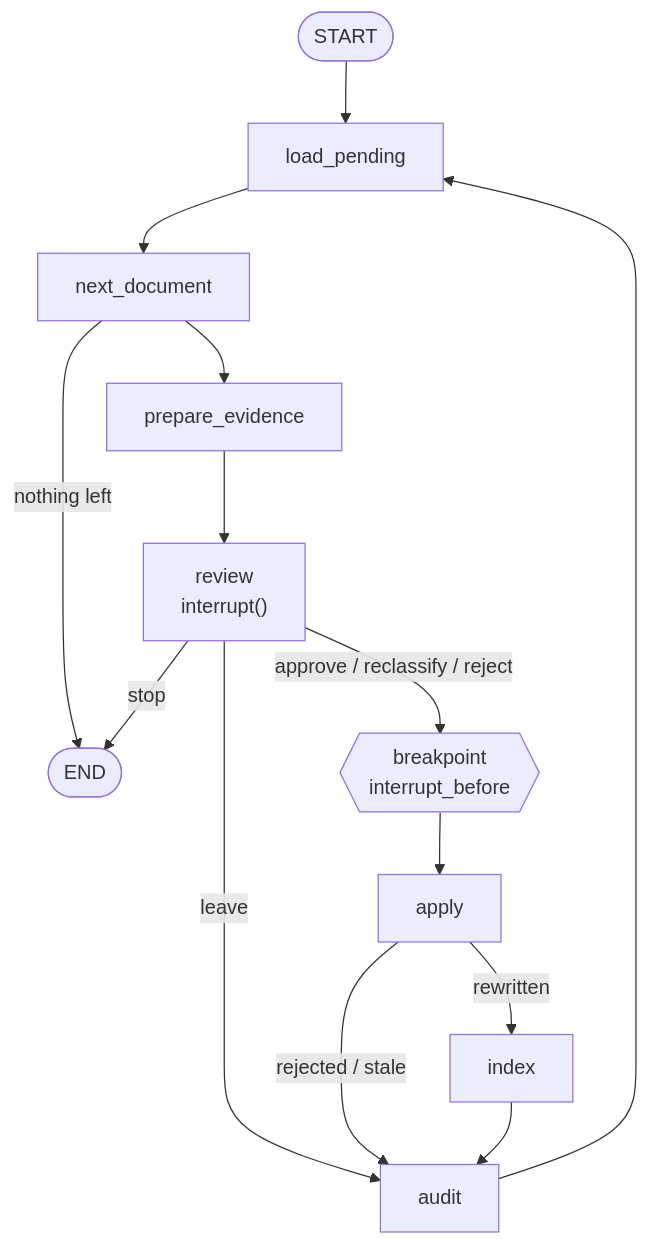
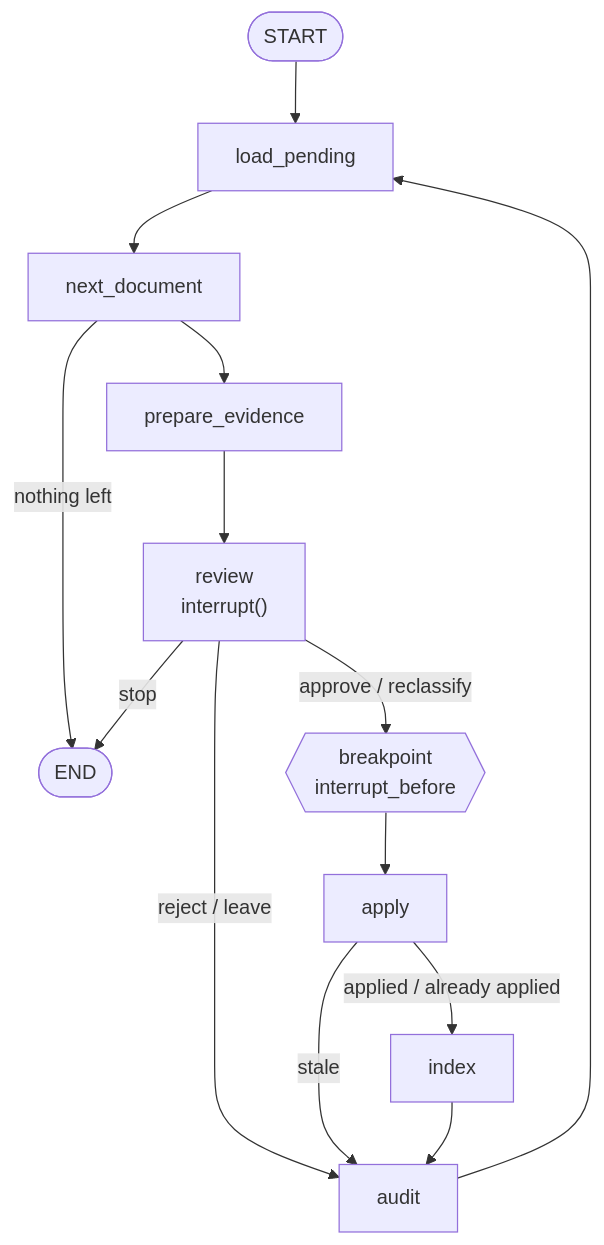
The diagram in evals/reports/p5-8-review.md (ChiragVenkateshaiah/tessera), drawn with Mermaid before and after one commit. The commit also changed other lines of this file, not shown here.

Commit message:
P5-8 report: reject and leave skip the breakpoint (match the graph)

````diff
--- a/evals/reports/p5-8-review.md
+++ b/evals/reports/p5-8-review.md
@@ -36,16 +36,16 @@
 ```mermaid
 flowchart TD
     S([START]) --> LP[load_pending]
     LP --> ND[next_document]
     ND -->|nothing left| E([END])
     ND --> PE[prepare_evidence]
     PE --> RV["review<br/>interrupt()"]
     RV -->|stop| E
-    RV -->|leave| AU[audit]
-    RV -->|approve / reclassify / reject| BP{{"breakpoint<br/>interrupt_before"}}
+    RV -->|reject / leave| AU[audit]
+    RV -->|approve / reclassify| BP{{"breakpoint<br/>interrupt_before"}}
     BP --> AP[apply]
-    AP -->|rewritten| IX[index]
-    AP -->|rejected / stale| AU
+    AP -->|applied / already applied| IX[index]
+    AP -->|stale| AU
     IX --> AU
     AU --> LP
 ```
````
